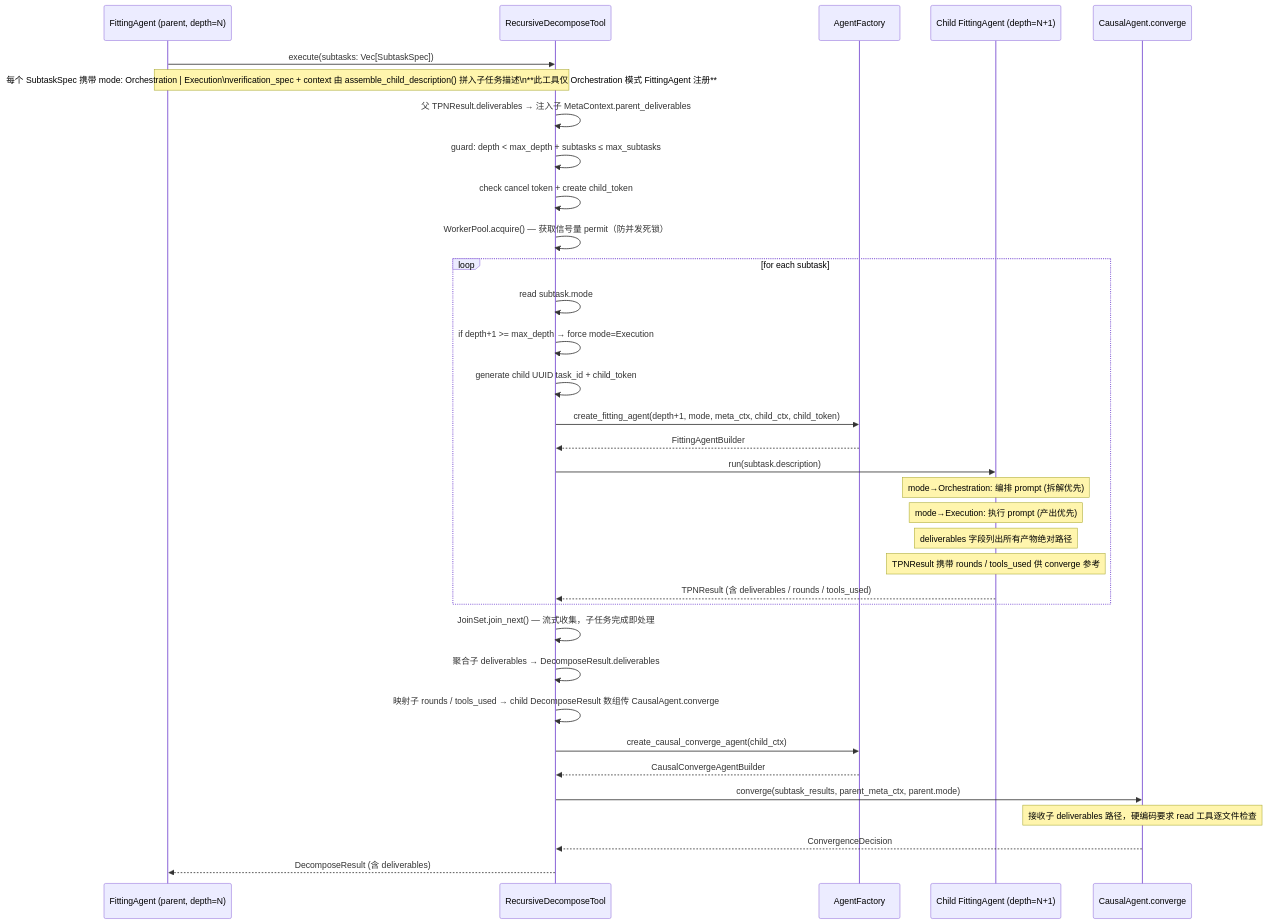
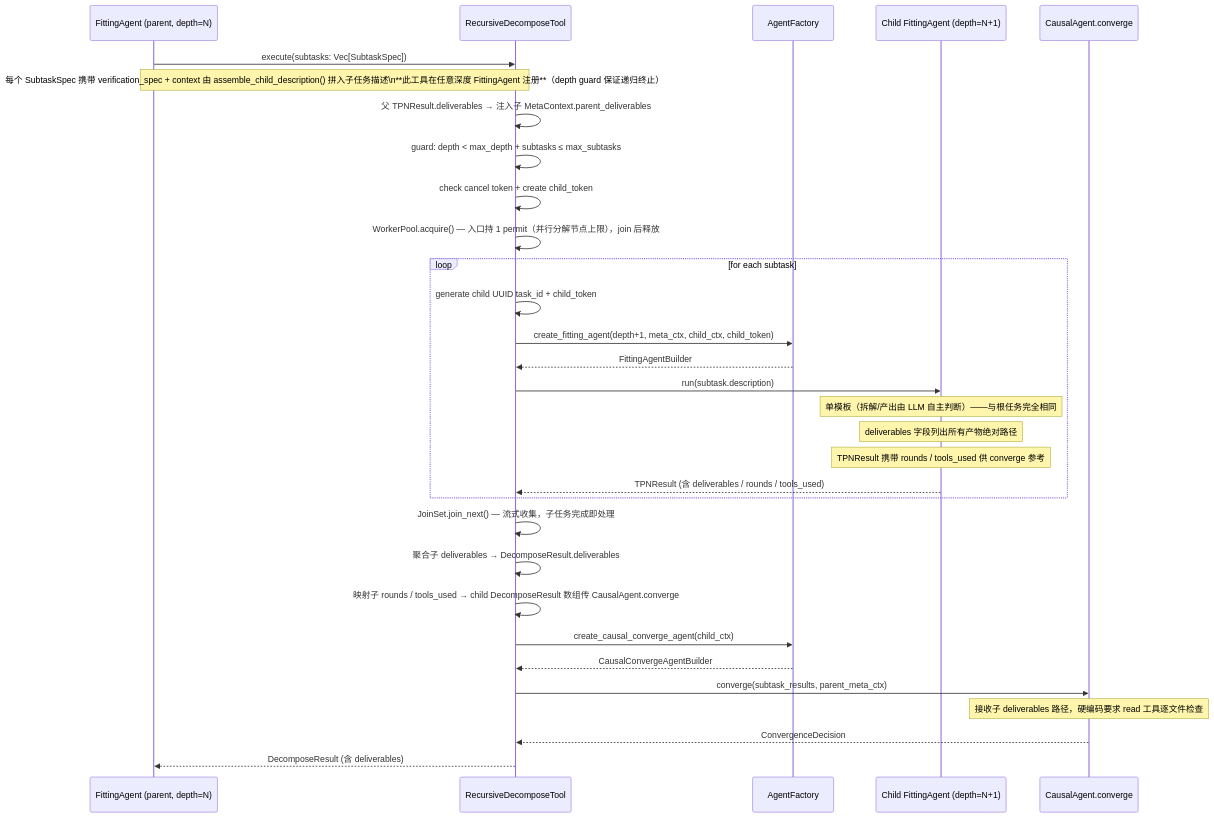
Before and after one commit to wenge6090-tech/taiji: the fourth of 6 diagrams in BCP-蓝图-完型协议.md, drawn with Mermaid. The commit also changed other lines of this file and 27 other files, not shown here.

First line of the commit message:
feat: 异层同构收敛（V26）— 删除 AgentMode + permit 语义改造 + --resume

````diff
--- a/BCP-蓝图-完型协议.md
+++ b/BCP-蓝图-完型协议.md
@@ -600,40 +589,37 @@
 ```mermaid
 sequenceDiagram
     participant FA as FittingAgent (parent, depth=N)
     participant RDT as RecursiveDecomposeTool
     participant AF as AgentFactory
     participant CFA as Child FittingAgent (depth=N+1)
     participant CCA as CausalAgent.converge
 
     FA->>RDT: execute(subtasks: Vec[SubtaskSpec])
-    Note over FA, RDT: 每个 SubtaskSpec 携带 mode: Orchestration | Execution\nverification_spec + context 由 assemble_child_description() 拼入子任务描述\n**此工具仅 Orchestration 模式 FittingAgent 注册**
+    Note over FA, RDT: 每个 SubtaskSpec 携带 verification_spec + context 由 assemble_child_description() 拼入子任务描述\n**此工具在任意深度 FittingAgent 注册**（depth guard 保证递归终止）
     RDT->>RDT: 父 TPNResult.deliverables → 注入子 MetaContext.parent_deliverables
 
     RDT->>RDT: guard: depth < max_depth + subtasks ≤ max_subtasks
     RDT->>RDT: check cancel token + create child_token
-    RDT->>RDT: WorkerPool.acquire() — 获取信号量 permit（防并发死锁）
+    RDT->>RDT: WorkerPool.acquire() — 入口持 1 permit（并行分解节点上限），join 后释放
 
     loop for each subtask
-        RDT->>RDT: read subtask.mode
-        RDT->>RDT: if depth+1 >= max_depth → force mode=Execution
         RDT->>RDT: generate child UUID task_id + child_token
-        RDT->>AF: create_fitting_agent(depth+1, mode, meta_ctx, child_ctx, child_token)
+        RDT->>AF: create_fitting_agent(depth+1, meta_ctx, child_ctx, child_token)
         AF-->>RDT: FittingAgentBuilder
         RDT->>CFA: run(subtask.description)
-        Note over CFA: mode→Orchestration: 编排 prompt (拆解优先)
-        Note over CFA: mode→Execution: 执行 prompt (产出优先)
+        Note over CFA: 单模板（拆解/产出由 LLM 自主判断）——与根任务完全相同
         Note over CFA: deliverables 字段列出所有产物绝对路径
         Note over CFA: TPNResult 携带 rounds / tools_used 供 converge 参考
         CFA-->>RDT: TPNResult (含 deliverables / rounds / tools_used)
     end
 
     RDT->>RDT: JoinSet.join_next() — 流式收集，子任务完成即处理
     RDT->>RDT: 聚合子 deliverables → DecomposeResult.deliverables
     RDT->>RDT: 映射子 rounds / tools_used → child DecomposeResult 数组传 CausalAgent.converge
     RDT->>AF: create_causal_converge_agent(child_ctx)
     AF-->>RDT: CausalConvergeAgentBuilder
-    RDT->>CCA: converge(subtask_results, parent_meta_ctx, parent.mode)
+    RDT->>CCA: converge(subtask_results, parent_meta_ctx)
     Note over CCA: 接收子 deliverables 路径，硬编码要求 read 工具逐文件检查
     CCA-->>RDT: ConvergenceDecision
     RDT-->>FA: DecomposeResult (含 deliverables)
 ```
````
